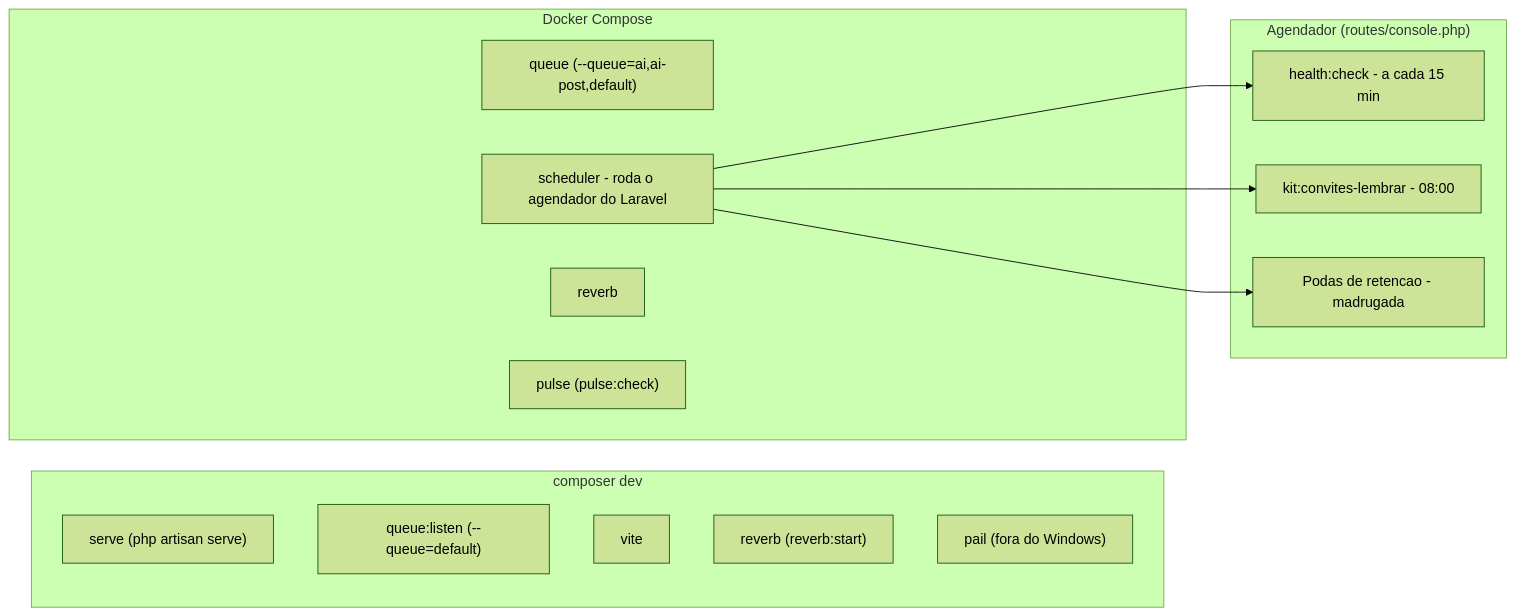
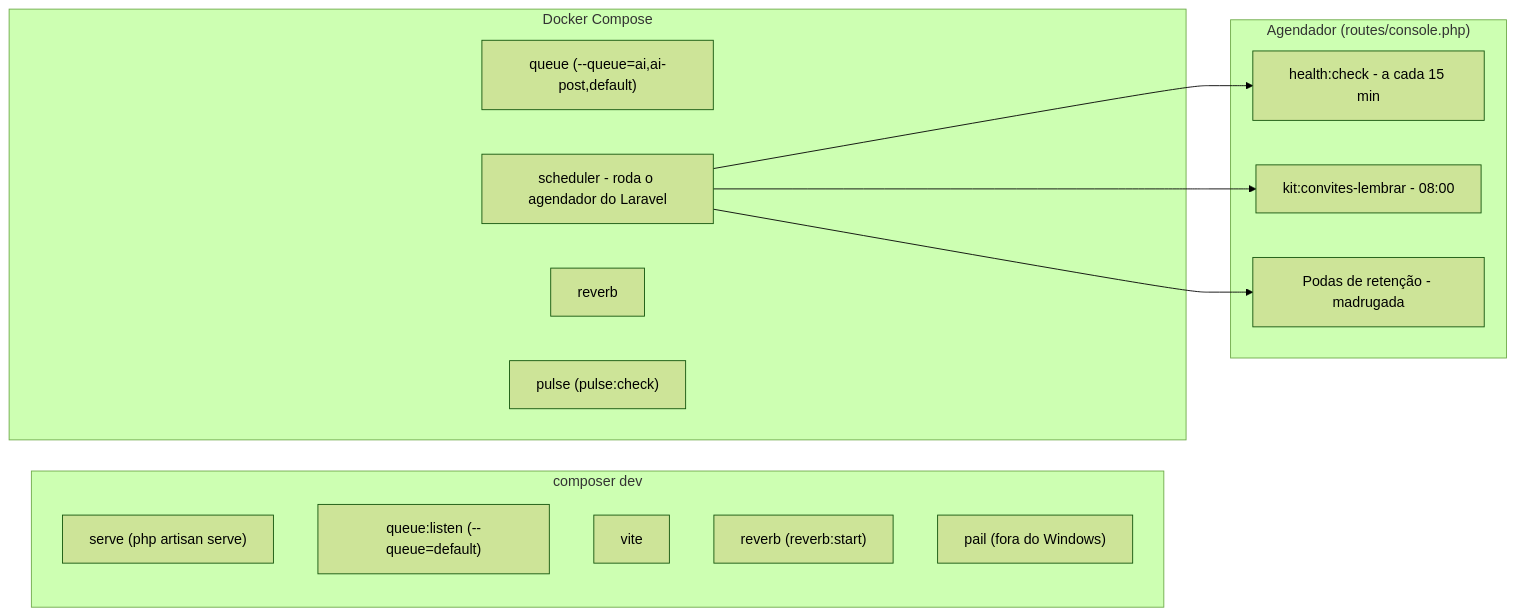
The diagram in docs/pt/operacao/desenvolvendo-o-kit.md (gsferro/filament-starter-kit-easy), drawn with Mermaid (forest theme) before and after one commit. The commit also changed 12 other files, not shown here.

First line of the commit message:
:lipstick: fix(site): os diagramas no tamanho natural, com rolagem no bloco, e os opcionais com a chave

````diff
--- a/docs/pt/operacao/desenvolvendo-o-kit.md
+++ b/docs/pt/operacao/desenvolvendo-o-kit.md
@@ -110,27 +110,27 @@
 ```mermaid
 flowchart LR
 %% DG-19
 accTitle: Segundo plano - composer dev x Docker Compose x agendador
-accDescr: O composer dev sobe servidor, fila, vite e reverb para desenvolvimento local; o Docker Compose sobe os mesmos papeis como containers, mais um container dedicado ao agendador do Laravel.
+accDescr: O composer dev sobe servidor, fila, vite e reverb para desenvolvimento local; o Docker Compose sobe os mesmos papéis como containers, mais um container dedicado ao agendador do Laravel.
   subgraph composer_dev ["composer dev"]
     serve["serve (php artisan serve)"]
     queue_listen["queue:listen (--queue=default)"]
     vite["vite"]
     reverb["reverb (reverb:start)"]
     pail["pail (fora do Windows)"]
   end
   subgraph docker_compose ["Docker Compose"]
     queue_worker["queue (--queue=ai,ai-post,default)"]
     scheduler_container["scheduler - roda o agendador do Laravel"]
     reverb_compose["reverb"]
     pulse_compose["pulse (pulse:check)"]
   end
   subgraph agendador ["Agendador (routes/console.php)"]
     health_check["health:check - a cada 15 min"]
     convites_lembrar["kit:convites-lembrar - 08:00"]
-    purge["Podas de retencao - madrugada"]
+    purge["Podas de retenção - madrugada"]
   end
   scheduler_container --> health_check
   scheduler_container --> convites_lembrar
   scheduler_container --> purge
 ```
````
